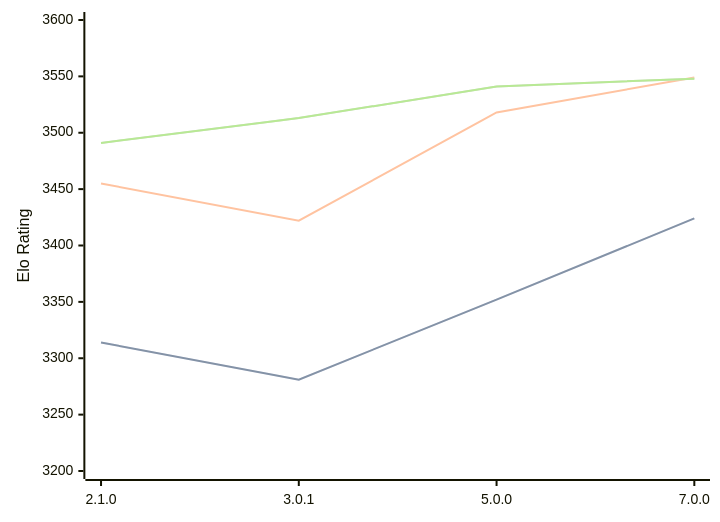
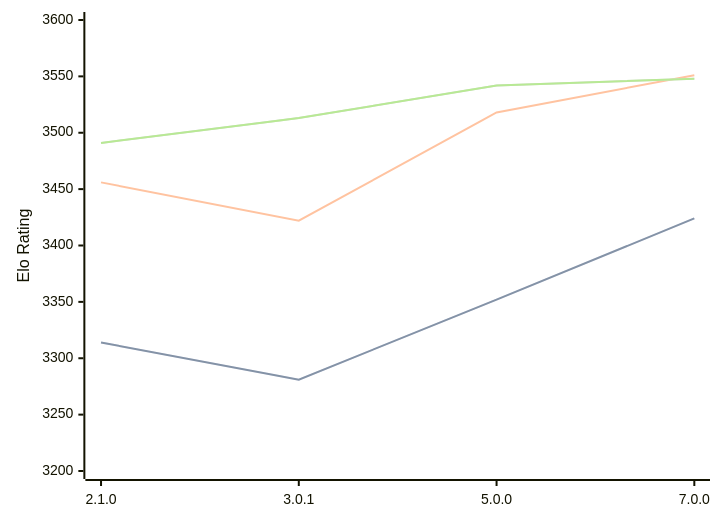
The third of 3 diagrams in engines/PlentyChess.md (computer-chess-index/cci), drawn with Mermaid before and after one commit. The commit also changed other lines of this file, not shown here.

Commit message:
Update CCI Ratings (ELO VLTC) - 2026-06-30

````diff
--- a/engines/PlentyChess.md
+++ b/engines/PlentyChess.md
@@ -79,11 +79,11 @@
 ```mermaid
 %%{init: {"theme":"base","themeVariables":{"seriesColors:['#a3a3a3','#222221','#faa371']}}}%%
 xychart-beta
   x-axis ["2.1.0", "3.0.1", "5.0.0", "7.0.0"]
   y-axis "Elo Rating" 3200 --> 3600
   line "STC (8.0+0.08s)" [3314, 3281, 3352, 3424]
   line "STC (8.0+0.08s)" [3314, 3281, 3352, 3424]
-  line "LTC (60.0+0.60s)" [3455, 3422, 3518, 3549]
-  line "VLTC (2m24s+1.12s)" [3491, 3513, 3541, 3548]
-  line "VLTC (2m24s+1.12s)" [3491, 3513, 3541, 3548]
+  line "LTC (60.0+0.60s)" [3456, 3422, 3518, 3551]
+  line "VLTC (2m24s+1.12s)" [3491, 3513, 3542, 3548]
+  line "VLTC (2m24s+1.12s)" [3491, 3513, 3542, 3548]
 ```
````
